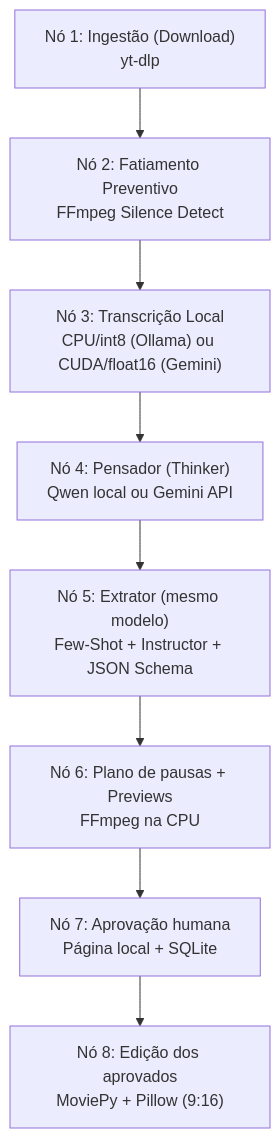
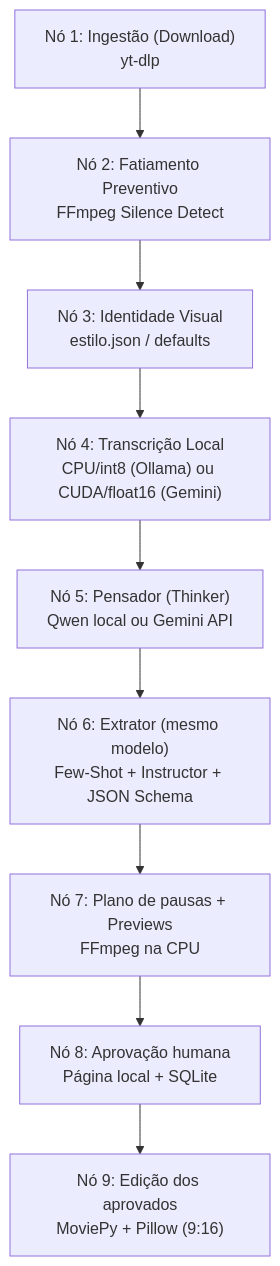
One commit to SegantinDavi/agent-clipper changed the diagram in README.md. Above: the diagram before and after it, drawn with Mermaid. The commit also changed other lines of this file and 4 other files, not shown here.

````diff
--- a/README.md
+++ b/README.md
@@ -28,10 +28,11 @@
 ```mermaid
 flowchart TD
     A["Nó 1: Ingestão (Download)<br>yt-dlp"] --> B["Nó 2: Fatiamento Preventivo<br>FFmpeg Silence Detect"]
-    B --> C["Nó 3: Transcrição Local<br>CPU/int8 (Ollama) ou CUDA/float16 (Gemini)"]
-    C --> D["Nó 4: Pensador (Thinker)<br>Qwen local ou Gemini API"]
-    D --> E["Nó 5: Extrator (mesmo modelo)<br>Few-Shot + Instructor + JSON Schema"]
-    E --> P["Nó 6: Plano de pausas + Previews<br>FFmpeg na CPU"]
-    P --> R["Nó 7: Aprovação humana<br>Página local + SQLite"]
-    R --> F["Nó 8: Edição dos aprovados<br>MoviePy + Pillow (9:16)"]
+    B --> S["Nó 3: Identidade Visual<br>estilo.json / defaults"]
+    S --> C["Nó 4: Transcrição Local<br>CPU/int8 (Ollama) ou CUDA/float16 (Gemini)"]
+    C --> D["Nó 5: Pensador (Thinker)<br>Qwen local ou Gemini API"]
+    D --> E["Nó 6: Extrator (mesmo modelo)<br>Few-Shot + Instructor + JSON Schema"]
+    E --> P["Nó 7: Plano de pausas + Previews<br>FFmpeg na CPU"]
+    P --> R["Nó 8: Aprovação humana<br>Página local + SQLite"]
+    R --> F["Nó 9: Edição dos aprovados<br>MoviePy + Pillow (9:16)"]
 ```
````
